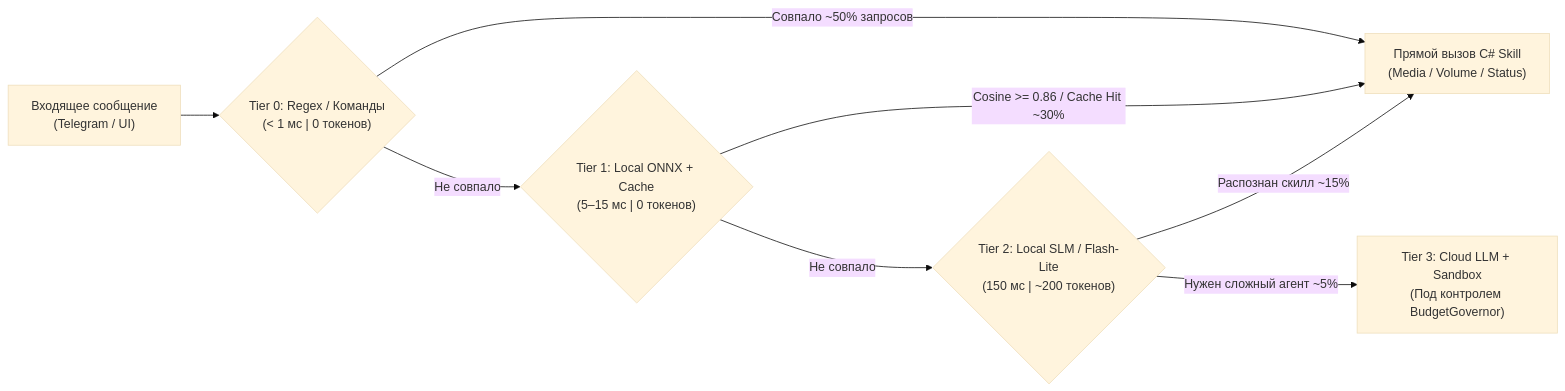
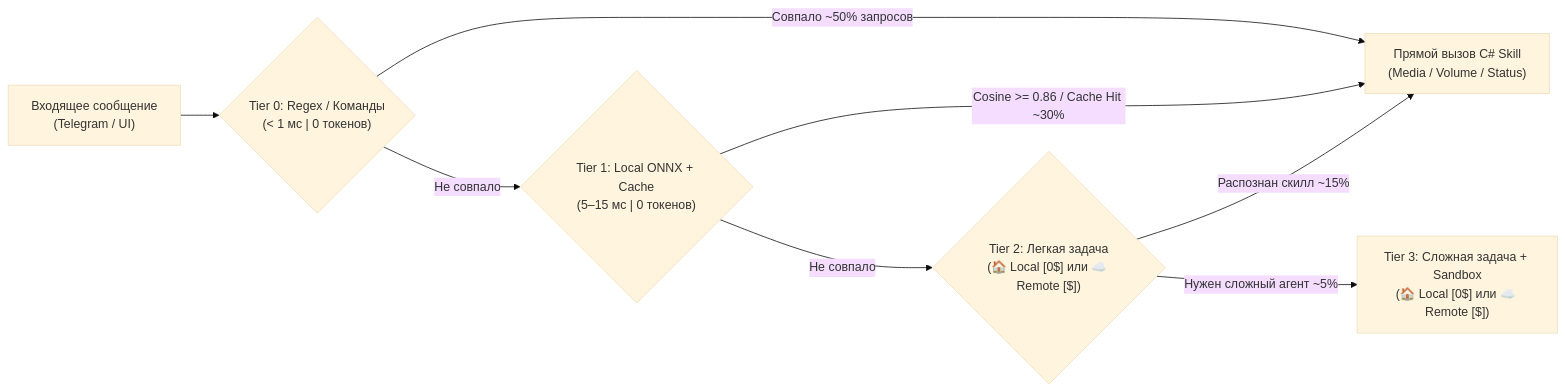
Before and after one commit to abberdeen/CyberPipe: the diagram in docs/plans/04-agent-mesh-proposals.md, drawn with Mermaid (base theme). The commit also changed other lines of this file and 12 other files, not shown here.

First line of the commit message:
Expand assistant platform architecture and roadmap

````diff
--- a/docs/plans/04-agent-mesh-proposals.md
+++ b/docs/plans/04-agent-mesh-proposals.md
@@ -13,10 +13,10 @@
 ```mermaid
 flowchart LR
     Input["Входящее сообщение<br/>(Telegram / UI)"] --> T0{"Tier 0: Regex / Команды<br/>(< 1 мс | 0 токенов)"}
     T0 -->|Совпало ~50% запросов| Skill["Прямой вызов C# Skill<br/>(Media / Volume / Status)"]
     T0 -->|Не совпало| T1{"Tier 1: Local ONNX + Cache<br/>(5–15 мс | 0 токенов)"}
     T1 -->|Cosine >= 0.86 / Cache Hit ~30%| Skill
-    T1 -->|Не совпало| T2{"Tier 2: Local SLM / Flash-Lite<br/>(150 мс | ~200 токенов)"}
+    T1 -->|Не совпало| T2{"Tier 2: Легкая задача<br/>(🏠 Local [0$] или ☁️ Remote [$])"}
     T2 -->|Распознан скилл ~15%| Skill
-    T2 -->|Нужен сложный агент ~5%| T3["Tier 3: Cloud LLM + Sandbox<br/>(Под контролем BudgetGovernor)"]
+    T2 -->|Нужен сложный агент ~5%| T3["Tier 3: Сложная задача + Sandbox<br/>(🏠 Local [0$] или ☁️ Remote [$])"]
 ```
````
